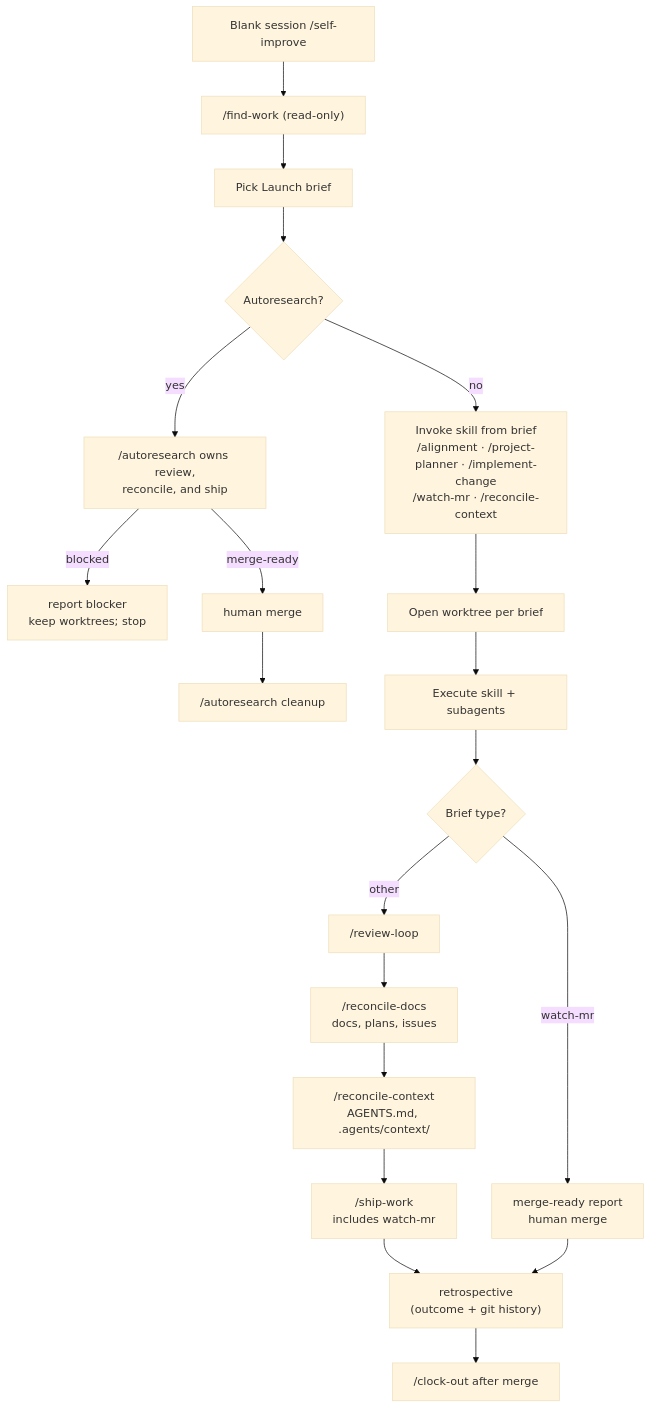
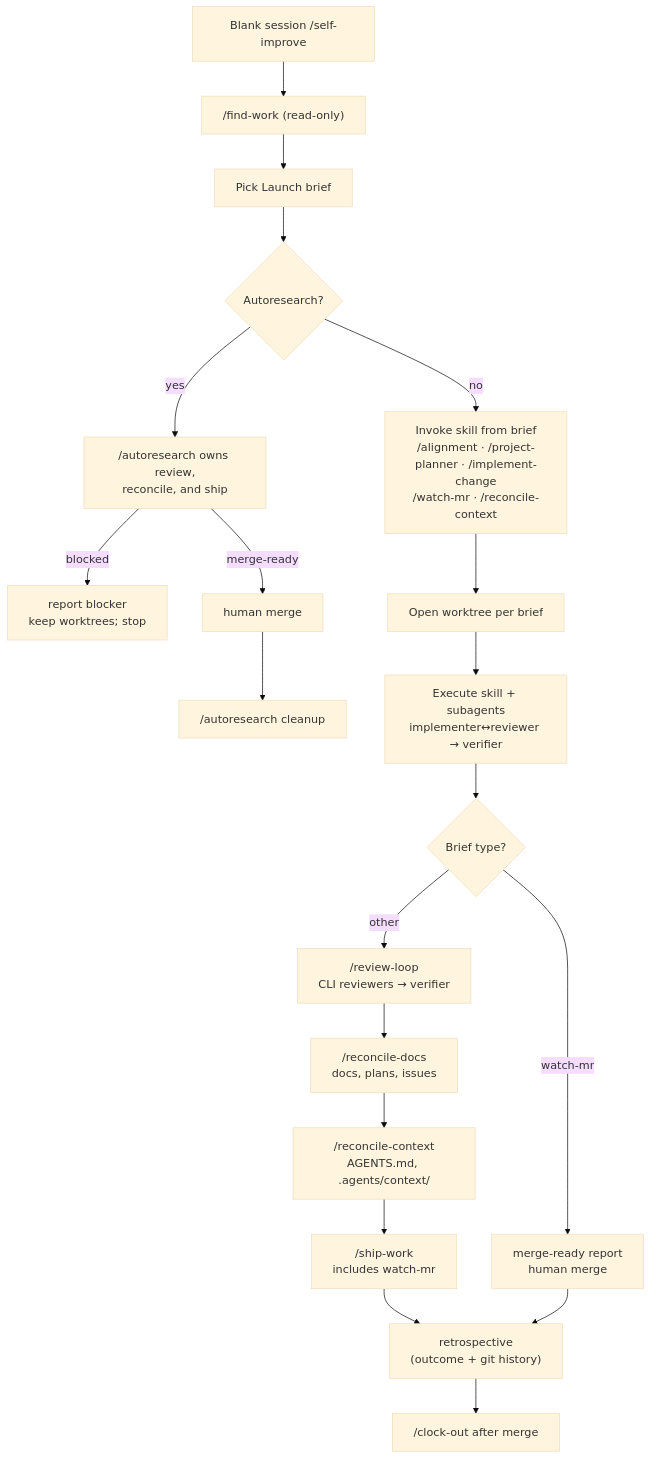
The diagram in .agents/skills/self-improve/SKILL.md (Apocrathia/homelab), drawn with Mermaid (base theme) before and after one commit. The commit also changed 5 other files, not shown here.

````diff
--- a/.agents/skills/self-improve/SKILL.md
+++ b/.agents/skills/self-improve/SKILL.md
@@ -36,23 +36,23 @@
 ```mermaid
 flowchart TD
   start[Blank session /self-improve]
   start --> findWork["/find-work (read-only)"]
   findWork --> pick[Pick Launch brief]
   pick --> setup{Autoresearch?}
   setup -->|yes| researchShip["/autoresearch owns review,<br/>reconcile, and ship"]
   researchShip -->|"blocked"| researchBlocked["report blocker<br/>keep worktrees; stop"]
   researchShip -->|"merge-ready"| researchMerge["human merge"]
   researchMerge --> researchCleanup["/autoresearch cleanup"]
   setup -->|no| invoke["Invoke skill from brief<br/>/alignment · /project-planner · /implement-change<br/>/watch-mr · /reconcile-context"]
   invoke --> worktree[Open worktree per brief]
-  worktree --> build[Execute skill + subagents]
+  worktree --> build["Execute skill + subagents<br/>implementer↔reviewer → verifier"]
   build --> route{Brief type?}
   route -->|watch-mr| mergeReady["merge-ready report<br/>human merge"]
-  route -->|other| review["/review-loop"]
+  route -->|other| review["/review-loop<br/>CLI reviewers → verifier"]
   review --> reconcileDocs["/reconcile-docs<br/>docs, plans, issues"]
   reconcileDocs --> reconcileCtx["/reconcile-context<br/>AGENTS.md, .agents/context/"]
   reconcileCtx --> ship["/ship-work<br/>includes watch-mr"]
   ship --> retro["retrospective<br/>(outcome + git history)"]
   mergeReady --> retro
   retro --> clockOut["/clock-out after merge"]
 ```
````
